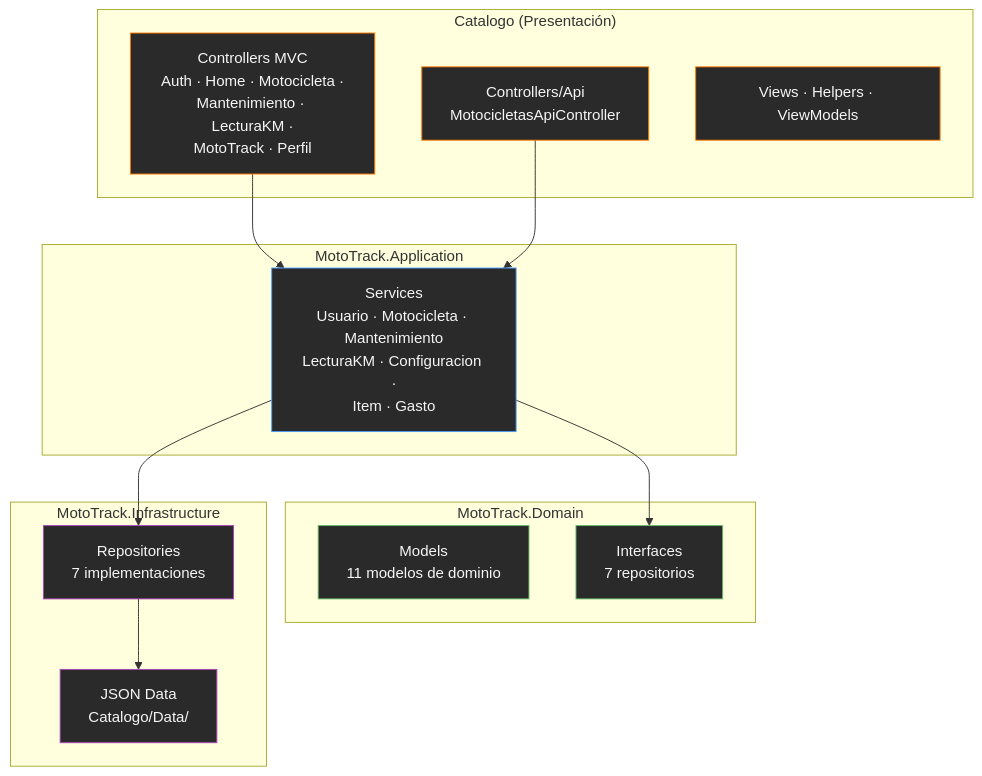
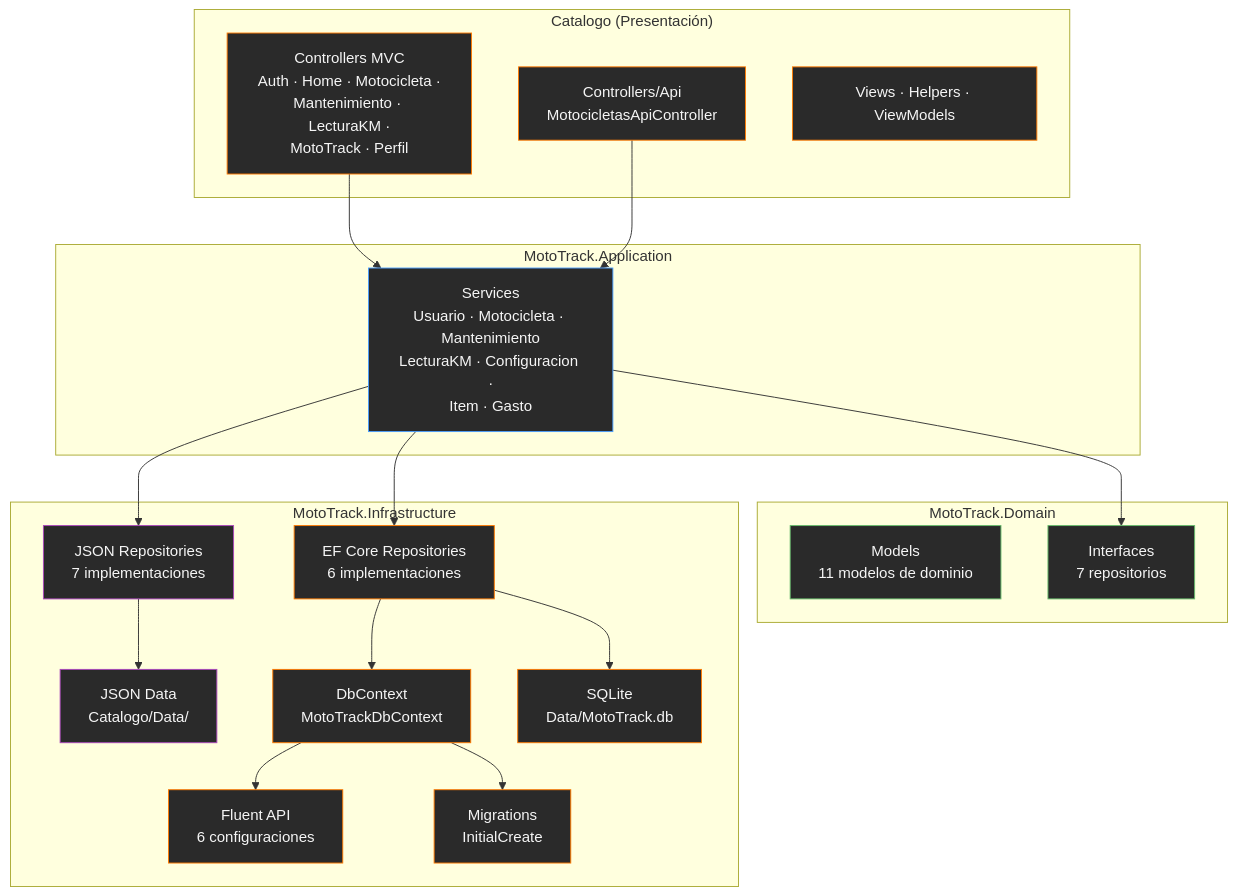
The diagram in docs/adr/ADR-03-Estilo-Arquitectonico.md (Dave2826/ArqSoft-S01-DavidMorales), drawn with Mermaid before and after one commit. The commit also changed other lines of this file and 6 other files, not shown here.

Commit message:
docs(architecture): update documentation for ef core migration

````diff
--- a/docs/adr/ADR-03-Estilo-Arquitectonico.md
+++ b/docs/adr/ADR-03-Estilo-Arquitectonico.md
@@ -204,37 +232,52 @@
 ```mermaid
 flowchart TD
     subgraph "Catalogo (Presentación)"
         CMVC[Controllers MVC<br/>Auth · Home · Motocicleta ·<br/>Mantenimiento · LecturaKM ·<br/>MotoTrack · Perfil]
         CAP[Controllers/Api<br/>MotocicletasApiController]
         VW[Views · Helpers · ViewModels]
     end
 
     subgraph "MotoTrack.Application"
         SVC[Services<br/>Usuario · Motocicleta · Mantenimiento<br/>LecturaKM · Configuracion ·<br/>Item · Gasto]
     end
 
     subgraph "MotoTrack.Domain"
         MDL[Models<br/>11 modelos de dominio]
         INT[Interfaces<br/>7 repositorios]
     end
 
     subgraph "MotoTrack.Infrastructure"
-        REP[Repositories<br/>7 implementaciones]
+        REP[JSON Repositories<br/>7 implementaciones]
         JSON[JSON Data<br/>Catalogo/Data/]
+        EFR[EF Core Repositories<br/>6 implementaciones]
+        DBC[DbContext<br/>MotoTrackDbContext]
+        CFG[Fluent API<br/>6 configuraciones]
+        MIG[Migrations<br/>InitialCreate]
+        SQL[SQLite<br/>Data/MotoTrack.db]
     end
 
     CMVC --> SVC
     CAP --> SVC
     SVC --> INT
     SVC --> REP
+    SVC --> EFR
     REP --> JSON
+    EFR --> DBC
+    DBC --> CFG
+    DBC --> MIG
+    EFR --> SQL
 
     style CMVC fill:#2a2a2a,stroke:#ff7a00,color:#f5f5f5
     style CAP fill:#2a2a2a,stroke:#ff7a00,color:#f5f5f5
     style VW fill:#2a2a2a,stroke:#ff7a00,color:#f5f5f5
     style SVC fill:#2a2a2a,stroke:#4a9eff,color:#f5f5f5
     style MDL fill:#2a2a2a,stroke:#66bb6a,color:#f5f5f5
     style INT fill:#2a2a2a,stroke:#66bb6a,color:#f5f5f5
     style REP fill:#2a2a2a,stroke:#ab47bc,color:#f5f5f5
     style JSON fill:#2a2a2a,stroke:#ab47bc,color:#f5f5f5
+    style EFR fill:#2a2a2a,stroke:#ff7a00,color:#f5f5f5
+    style DBC fill:#2a2a2a,stroke:#ff7a00,color:#f5f5f5
+    style CFG fill:#2a2a2a,stroke:#ff7a00,color:#f5f5f5
+    style MIG fill:#2a2a2a,stroke:#ff7a00,color:#f5f5f5
+    style SQL fill:#2a2a2a,stroke:#ff7a00,color:#f5f5f5
 ```
````
